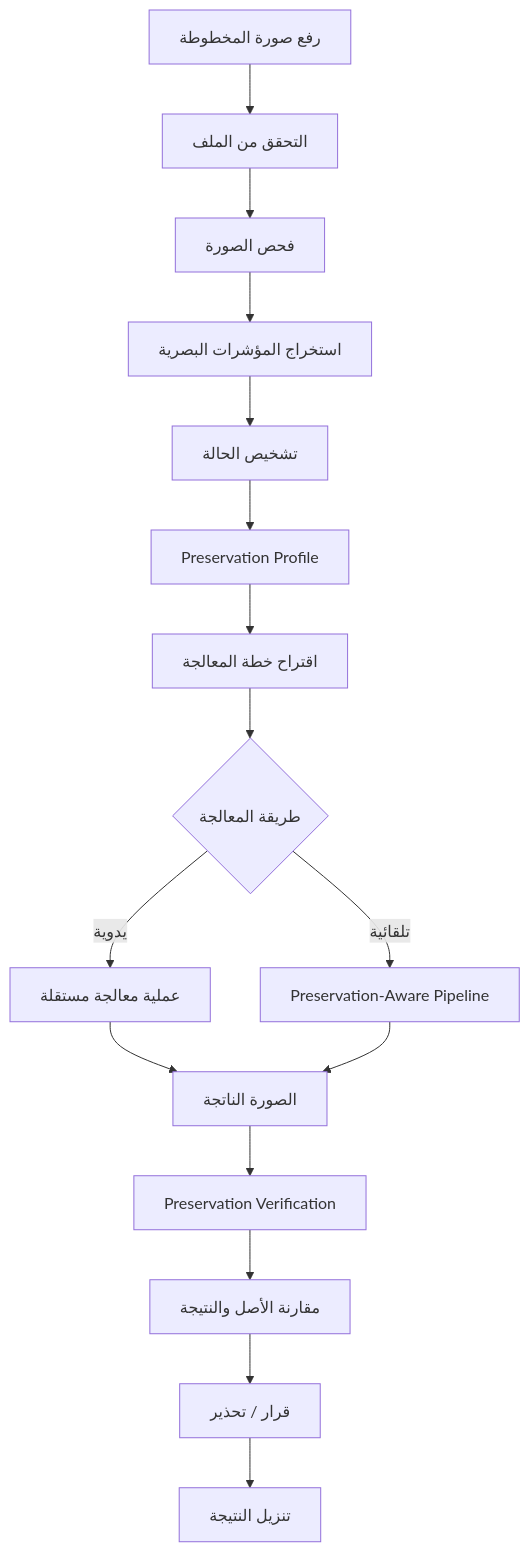
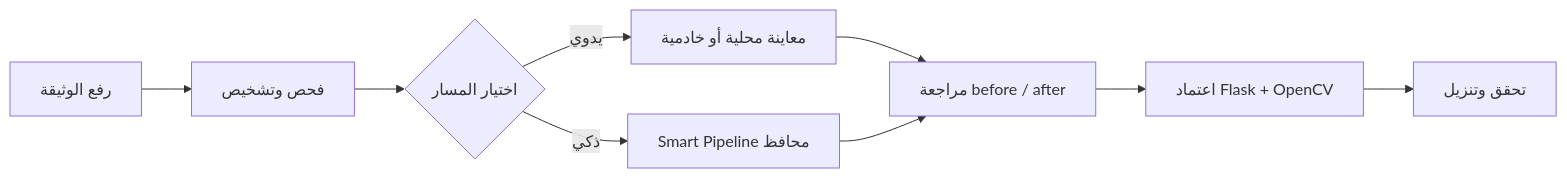
Before and after one commit to Alhareith/manuscript-doctor: the first of 2 diagrams in README.md, drawn with Mermaid. The commit also changed other lines of this file and 168 other files, not shown here.

````diff
--- a/README.md
+++ b/README.md
@@ -82,18 +47,11 @@
 ```mermaid
-flowchart TD
-    A["رفع صورة المخطوطة"] --> B["التحقق من الملف"]
-    B --> C["فحص الصورة"]
-    C --> D["استخراج المؤشرات البصرية"]
-    D --> E["تشخيص الحالة"]
-    E --> F["Preservation Profile"]
-    F --> G["اقتراح خطة المعالجة"]
-    G --> H{"طريقة المعالجة"}
-    H -->|يدوية| I["عملية معالجة مستقلة"]
-    H -->|تلقائية| J["Preservation-Aware Pipeline"]
-    I --> K["الصورة الناتجة"]
-    J --> K
-    K --> L["Preservation Verification"]
-    L --> M["مقارنة الأصل والنتيجة"]
-    M --> N["قرار / تحذير"]
-    N --> O["تنزيل النتيجة"]
+flowchart LR
+    A["رفع الوثيقة"] --> B["فحص وتشخيص"]
+    B --> C{"اختيار المسار"}
+    C -->|"يدوي"| D["معاينة محلية أو خادمية"]
+    C -->|"ذكي"| E["Smart Pipeline محافظ"]
+    D --> F["مراجعة before / after"]
+    E --> F
+    F --> G["اعتماد Flask + OpenCV"]
+    G --> H["تحقق وتنزيل"]
 ```
````
